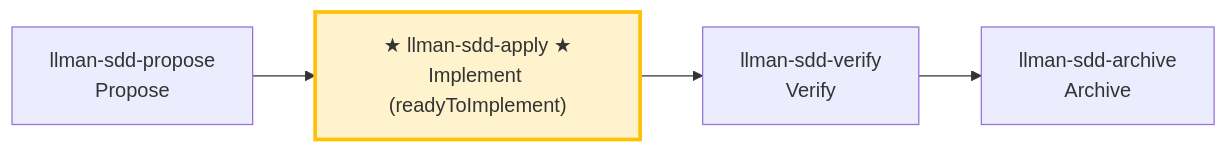
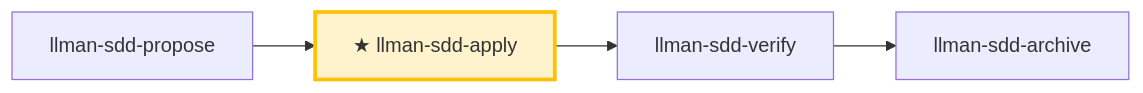
Before and after one commit to StrayDragon/dapz: the diagram in .agents/skills/llman-sdd-apply/SKILL.md, drawn with Mermaid. The commit also changed other lines of this file and 12 other files, not shown here.

First line of the commit message:
chore(skills): refresh llman-sdd skills to 0.5.0 official templates (init --update)

````diff
--- a/.agents/skills/llman-sdd-apply/SKILL.md
+++ b/.agents/skills/llman-sdd-apply/SKILL.md
@@ -30,9 +25,8 @@
 ```mermaid
 flowchart LR
-    propose["llman-sdd-propose<br/>Propose"] --> apply
-    apply["★ llman-sdd-apply ★<br/>Implement (readyToImplement)"]
-    apply --> verify["llman-sdd-verify<br/>Verify"]
-    verify --> archive["llman-sdd-archive<br/>Archive"]
+    propose["llman-sdd-propose"] --> apply["★ llman-sdd-apply"]
+    apply --> verify["llman-sdd-verify"]
+    verify --> archive["llman-sdd-archive"]
 
     style apply fill:#fff3cd,stroke:#ffc107,stroke-width:3px
 ```
````
